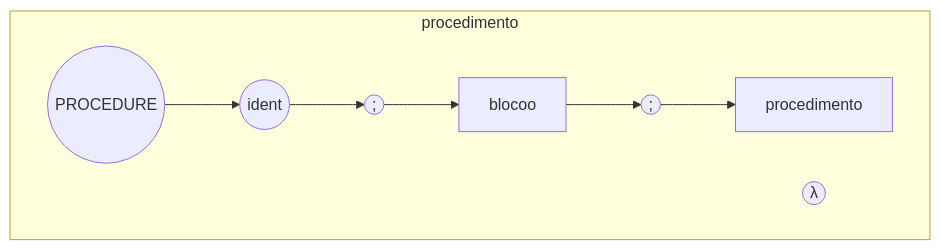
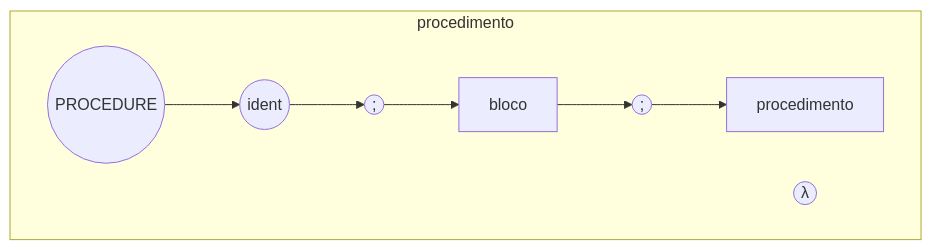
Before and after one commit to butterbr4/Compiladores: the fifth of 10 diagrams in Analisador_sitatico/README.md, drawn with Mermaid. The commit also changed other lines of this file and 6 other files, not shown here.

````diff
--- a/Analisador_sitatico/README.md
+++ b/Analisador_sitatico/README.md
@@ -90,9 +93,9 @@
 ```mermaid
     graph LR;
 
     subgraph procedimento
         direction LR
-        proc((PROCEDURE)) --> ident5((ident)) --> ponto_virg3((;)) --> blocoo --> ponto_virg4((;)) --> procedimento2[procedimento]
+        proc((PROCEDURE)) --> ident5((ident)) --> ponto_virg3((;)) --> bloco2[bloco] --> ponto_virg4((;)) --> procedimento2[procedimento]
         lambda4(("λ"))
     end
 ```
````
